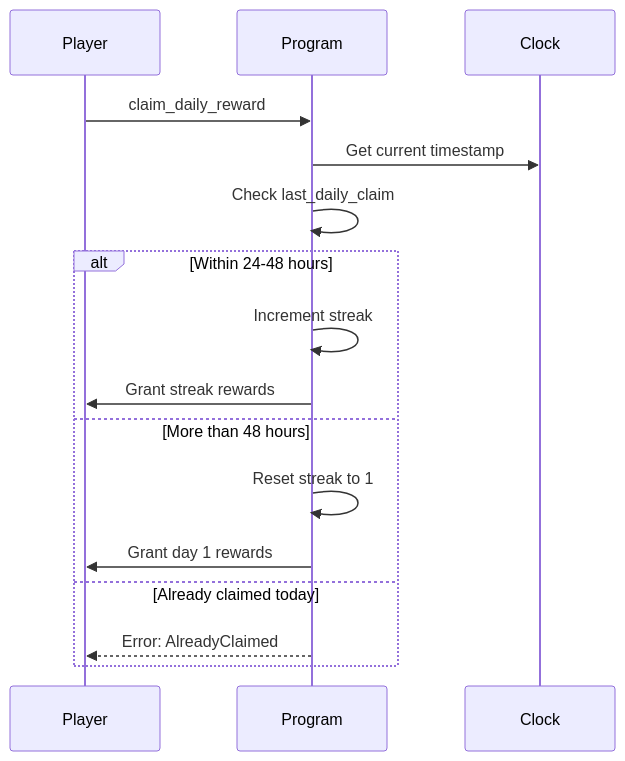
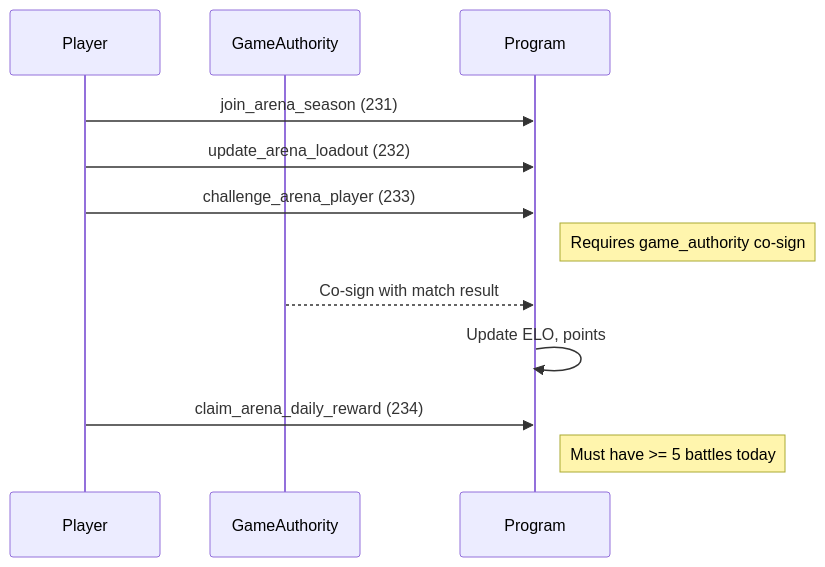
One commit to crypt0miester/novus-mundus changed the third of 5 diagrams in docs/onchain/02-player-journey/daily-loop.md. Above: the diagram before and after it, drawn with Mermaid. The commit also changed other lines of this file and 259 other files, not shown here.

Commit message:
Add player journey game plan: narrative arc, the Steward, estate redesign and Market unbundling

````diff
--- a/docs/onchain/02-player-journey/daily-loop.md
+++ b/docs/onchain/02-player-journey/daily-loop.md
@@ -57,19 +201,17 @@
 ```mermaid
 sequenceDiagram
     participant Player
+    participant GameAuthority
     participant Program
-    participant Clock
 
-    Player->>Program: claim_daily_reward
-    Program->>Clock: Get current timestamp
-    Program->>Program: Check last_daily_claim
-    alt Within 24-48 hours
-        Program->>Program: Increment streak
-        Program->>Player: Grant streak rewards
-    else More than 48 hours
-        Program->>Program: Reset streak to 1
-        Program->>Player: Grant day 1 rewards
-    else Already claimed today
-        Program-->>Player: Error: AlreadyClaimed
-    end
+    Player->>Program: join_arena_season (231)
+    Player->>Program: update_arena_loadout (232)
+
+    Player->>Program: challenge_arena_player (233)
+    Note right of Program: Requires game_authority co-sign
+    GameAuthority-->>Program: Co-sign with match result
+    Program->>Program: Update ELO, points
+
+    Player->>Program: claim_arena_daily_reward (234)
+    Note right of Program: Must have >= 5 battles today
 ```
````
